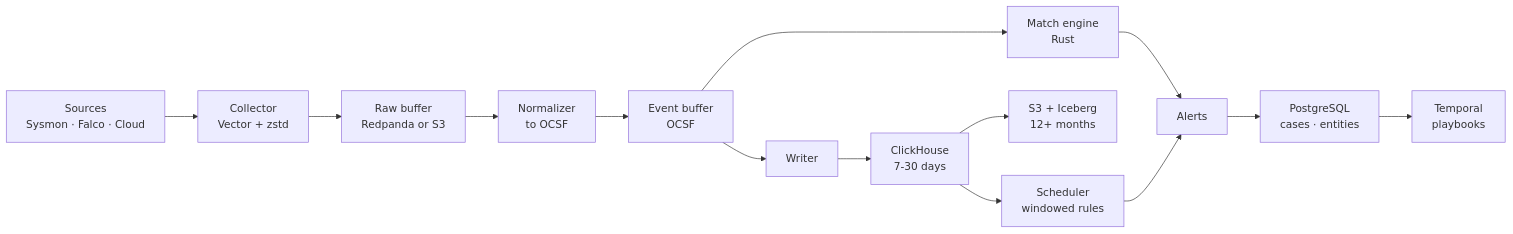
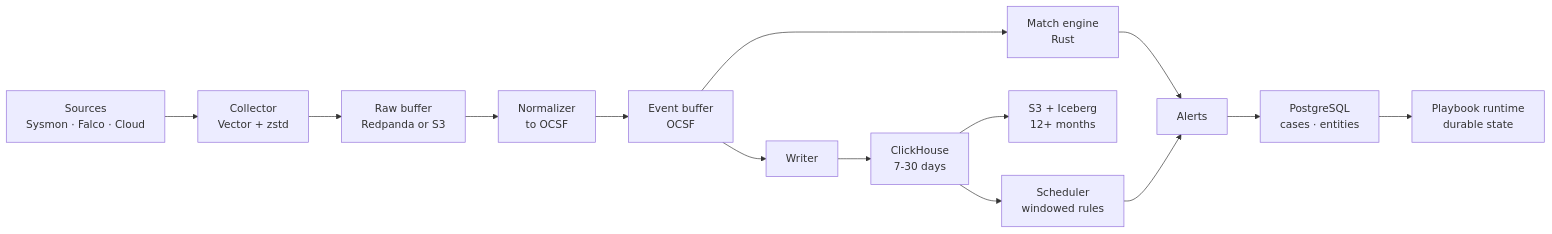
Before and after one commit to arelove/goliath-siem: the diagram in docs/architecture.md, drawn with Mermaid. The commit also changed other lines of this file and 5 other files, not shown here.

````diff
--- a/docs/architecture.md
+++ b/docs/architecture.md
@@ -42,16 +42,16 @@
 ```mermaid
 flowchart LR
   S["Sources<br/>Sysmon · Falco · Cloud"] --> V["Collector<br/>Vector + zstd"]
   V --> B["Raw buffer<br/>Redpanda or S3"]
   B --> N["Normalizer<br/>to OCSF"]
   N --> E["Event buffer<br/>OCSF"]
   E --> W["Writer"]
   E --> D["Match engine<br/>Rust"]
   W --> CH["ClickHouse<br/>7-30 days"]
   CH --> S3["S3 + Iceberg<br/>12+ months"]
   CH --> SC["Scheduler<br/>windowed rules"]
   D --> AL["Alerts"]
   SC --> AL
   AL --> PG["PostgreSQL<br/>cases · entities"]
-  PG --> T["Temporal<br/>playbooks"]
+  PG --> T["Playbook runtime<br/>durable state"]
 ```
````
